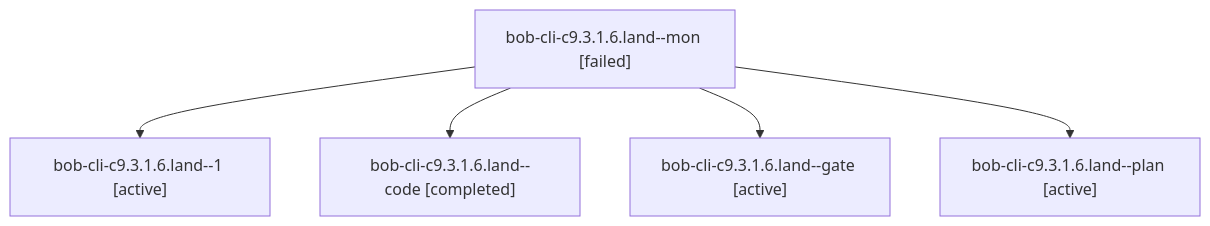
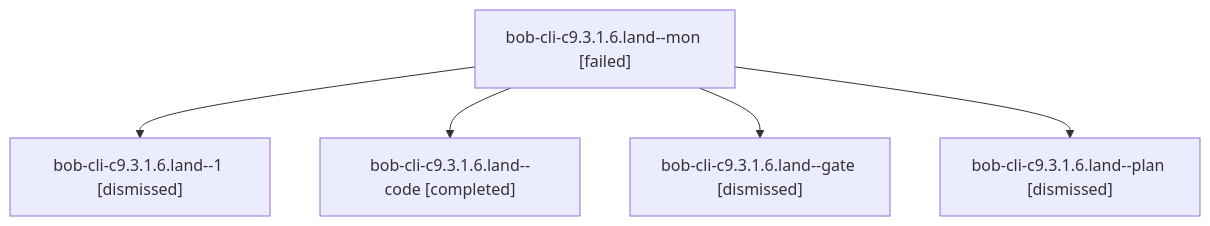
One commit to bobs-org/bob-cli--agents changed the diagram in sessions/bbugyi200.athena.bob-cli-c9.3.1.6.land.md. Above: the diagram before and after it, drawn with Mermaid. The commit also changed other lines of this file and 130 other files, not shown here.

````diff
--- a/sessions/bbugyi200.athena.bob-cli-c9.3.1.6.land.md
+++ b/sessions/bbugyi200.athena.bob-cli-c9.3.1.6.land.md
@@ -9,12 +9,12 @@
 ```mermaid
 flowchart TD
   n0["bob-cli-c9.3.1.6.land--mon [failed]"]
-  n1["bob-cli-c9.3.1.6.land--1 [active]"]
+  n1["bob-cli-c9.3.1.6.land--1 [dismissed]"]
   n0 --> n1
   n2["bob-cli-c9.3.1.6.land--code [completed]"]
   n0 --> n2
-  n3["bob-cli-c9.3.1.6.land--gate [active]"]
+  n3["bob-cli-c9.3.1.6.land--gate [dismissed]"]
   n0 --> n3
-  n4["bob-cli-c9.3.1.6.land--plan [active]"]
+  n4["bob-cli-c9.3.1.6.land--plan [dismissed]"]
   n0 --> n4
 ```
````
